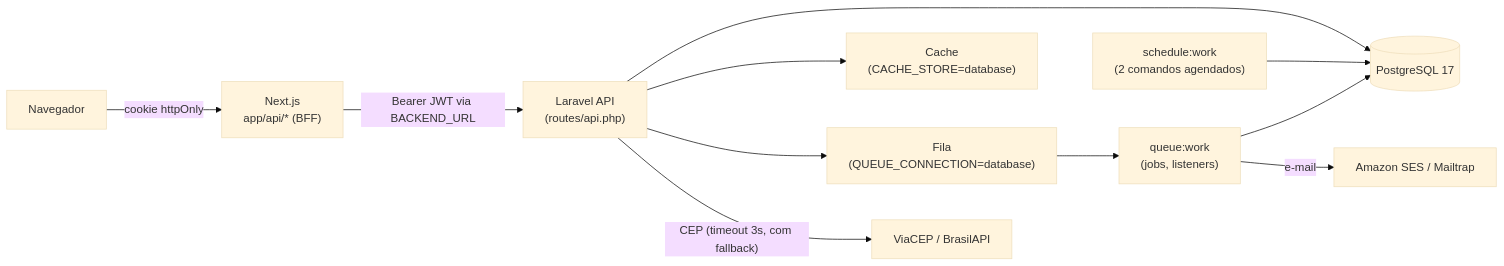
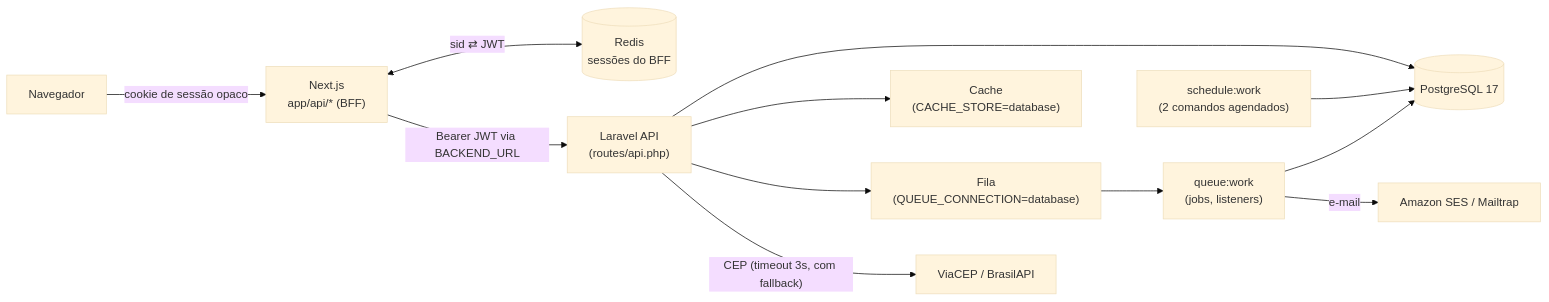
Before and after one commit to caiotzu/laravel-next-starter: the diagram in docs/arquitetura.md, drawn with Mermaid (base theme). The commit also changed other lines of this file and 65 other files, not shown here.

Commit message:
feat: Adição de proteção do JWT no frontend. Adição do Redis para armazenamento do JWT e cookie de sessão

````diff
--- a/docs/arquitetura.md
+++ b/docs/arquitetura.md
@@ -5,13 +5,14 @@
 ```mermaid
 flowchart LR
-    Browser["Navegador"] -->|"cookie httpOnly"| BFF["Next.js\napp/api/* (BFF)"]
+    Browser["Navegador"] -->|"cookie de sessão opaco"| BFF["Next.js\napp/api/* (BFF)"]
+    BFF <-->|"sid ⇄ JWT"| Redis[("Redis\nsessões do BFF")]
     BFF -->|"Bearer JWT via BACKEND_URL"| API["Laravel API\n(routes/api.php)"]
     API --> DB[("PostgreSQL 17")]
     API --> Cache["Cache\n(CACHE_STORE=database)"]
     API --> Queue["Fila\n(QUEUE_CONNECTION=database)"]
     Queue --> Worker["queue:work\n(jobs, listeners)"]
     Worker --> DB
     Sched["schedule:work\n(2 comandos agendados)"] --> DB
     API -->|"CEP (timeout 3s, com fallback)"| CEP["ViaCEP / BrasilAPI"]
     Worker -->|"e-mail"| Mail["Amazon SES / Mailtrap"]
 ```
````
